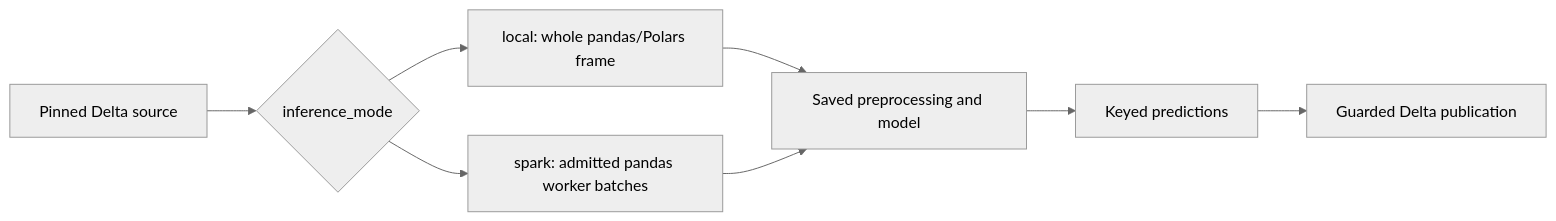
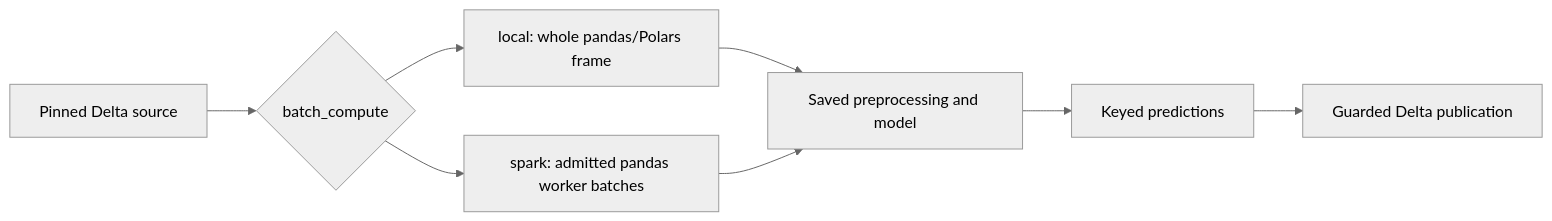
Before and after one commit to flyingriverhorse/Skyulf: the diagram in docs/user_guide/databricks_spark_scoring.md, drawn with Mermaid (neutral theme). The commit also changed other lines of this file and 25 other files, not shown here.

````diff
--- a/docs/user_guide/databricks_spark_scoring.md
+++ b/docs/user_guide/databricks_spark_scoring.md
@@ -18,10 +18,10 @@
 ```mermaid
 flowchart LR
-    A["Pinned Delta source"] --> B{"inference_mode"}
+    A["Pinned Delta source"] --> B{"batch_compute"}
     B --> C["local: whole pandas/Polars frame"]
     B --> D["spark: admitted pandas worker batches"]
     C --> E["Saved preprocessing and model"]
     D --> E
     E --> F["Keyed predictions"]
     F --> G["Guarded Delta publication"]
 ```
````
